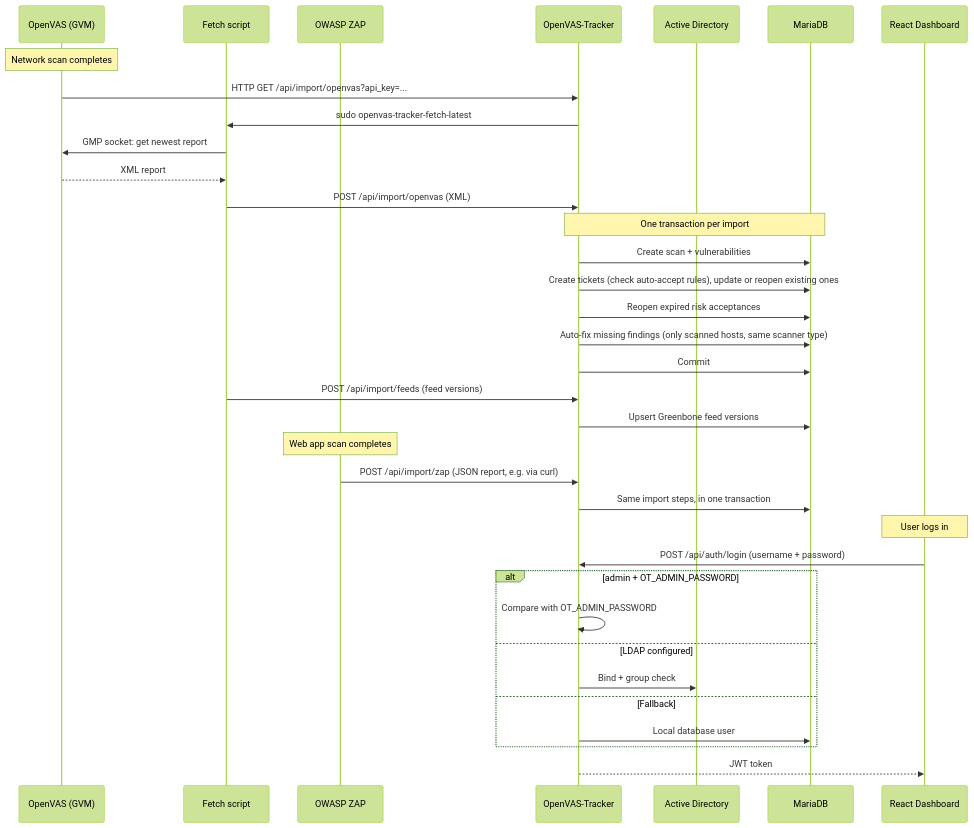
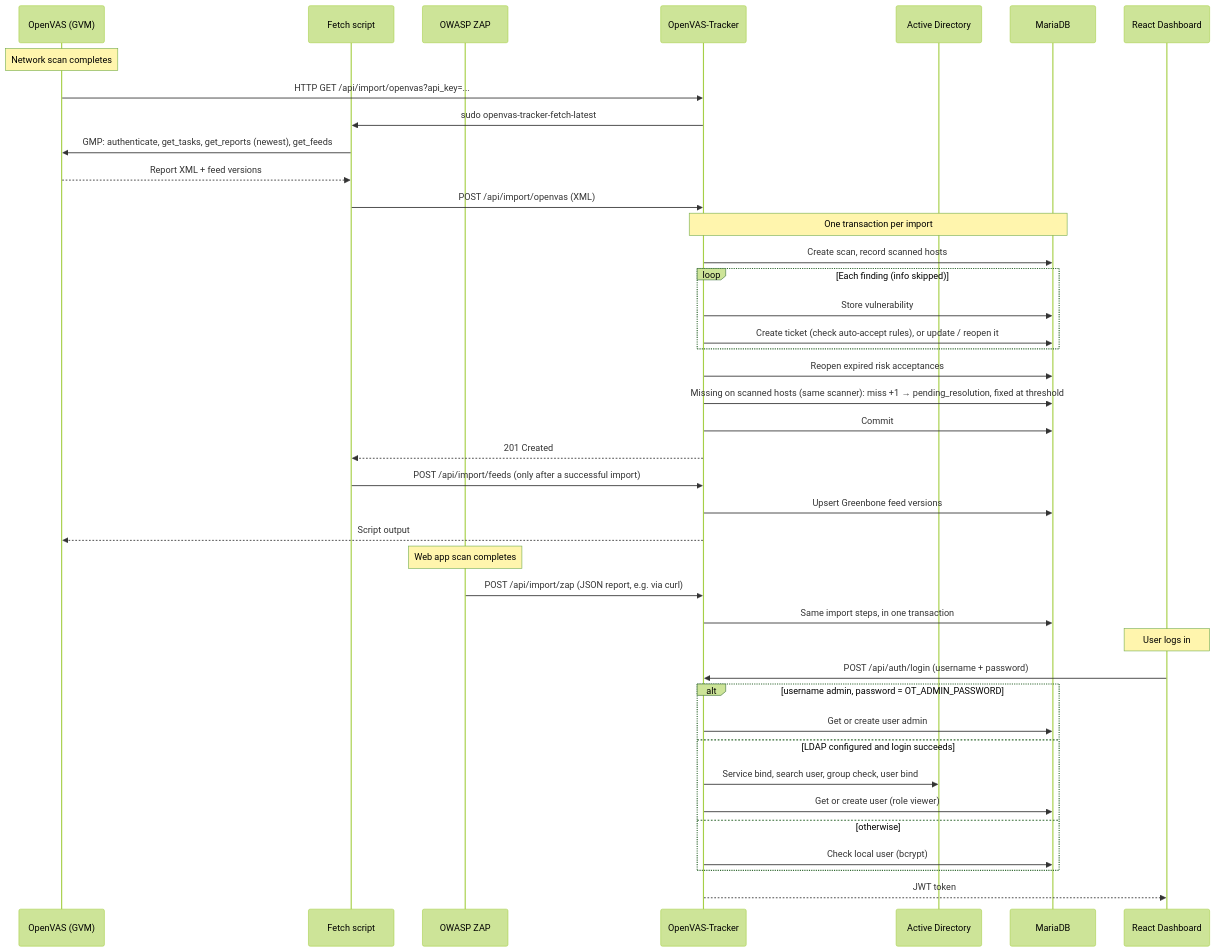
The diagram in README.md (trcyberoptic/openvas-tracker), drawn with Mermaid (forest theme) before and after one commit.

Commit message:
docs(readme): fix sequence diagram against the code
- missing findings go to pending_resolution first; fixed only at the
  threshold (diagram said "auto-fix")
- show get_feeds in the GMP session and that feeds are posted only after
  a successful import
- vulnerability + ticket are handled per finding; scanned hosts recorded
- admin and LDAP login also get-or-create the DB user; add responses

````diff
--- a/README.md
+++ b/README.md
@@ -45,40 +45,46 @@
 ```mermaid
 sequenceDiagram
     participant OV as OpenVAS (GVM)
     participant FS as Fetch script
     participant ZAP as OWASP ZAP
     participant TR as OpenVAS-Tracker
     participant AD as Active Directory
     participant DB as MariaDB
     participant UI as React Dashboard
 
     Note over OV: Network scan completes
     OV->>TR: HTTP GET /api/import/openvas?api_key=...
     TR->>FS: sudo openvas-tracker-fetch-latest
-    FS->>OV: GMP socket: get newest report
-    OV-->>FS: XML report
+    FS->>OV: GMP: authenticate, get_tasks, get_reports (newest), get_feeds
+    OV-->>FS: Report XML + feed versions
     FS->>TR: POST /api/import/openvas (XML)
     Note over TR,DB: One transaction per import
-    TR->>DB: Create scan + vulnerabilities
-    TR->>DB: Create tickets (check auto-accept rules), update or reopen existing ones
+    TR->>DB: Create scan, record scanned hosts
+    loop Each finding (info skipped)
+        TR->>DB: Store vulnerability
+        TR->>DB: Create ticket (check auto-accept rules), or update / reopen it
+    end
     TR->>DB: Reopen expired risk acceptances
-    TR->>DB: Auto-fix missing findings (only scanned hosts, same scanner type)
+    TR->>DB: Missing on scanned hosts (same scanner): miss +1 → pending_resolution, fixed at threshold
     TR->>DB: Commit
-    FS->>TR: POST /api/import/feeds (feed versions)
+    TR-->>FS: 201 Created
+    FS->>TR: POST /api/import/feeds (only after a successful import)
     TR->>DB: Upsert Greenbone feed versions
+    TR-->>OV: Script output
 
     Note over ZAP: Web app scan completes
     ZAP->>TR: POST /api/import/zap (JSON report, e.g. via curl)
     TR->>DB: Same import steps, in one transaction
 
     Note over UI: User logs in
     UI->>TR: POST /api/auth/login (username + password)
-    alt admin + OT_ADMIN_PASSWORD
-        TR->>TR: Compare with OT_ADMIN_PASSWORD
-    else LDAP configured
-        TR->>AD: Bind + group check
-    else Fallback
-        TR->>DB: Local database user
+    alt username admin, password = OT_ADMIN_PASSWORD
+        TR->>DB: Get or create user admin
+    else LDAP configured and login succeeds
+        TR->>AD: Service bind, search user, group check, user bind
+        TR->>DB: Get or create user (role viewer)
+    else otherwise
+        TR->>DB: Check local user (bcrypt)
     end
     TR-->>UI: JWT token
 ```
````
